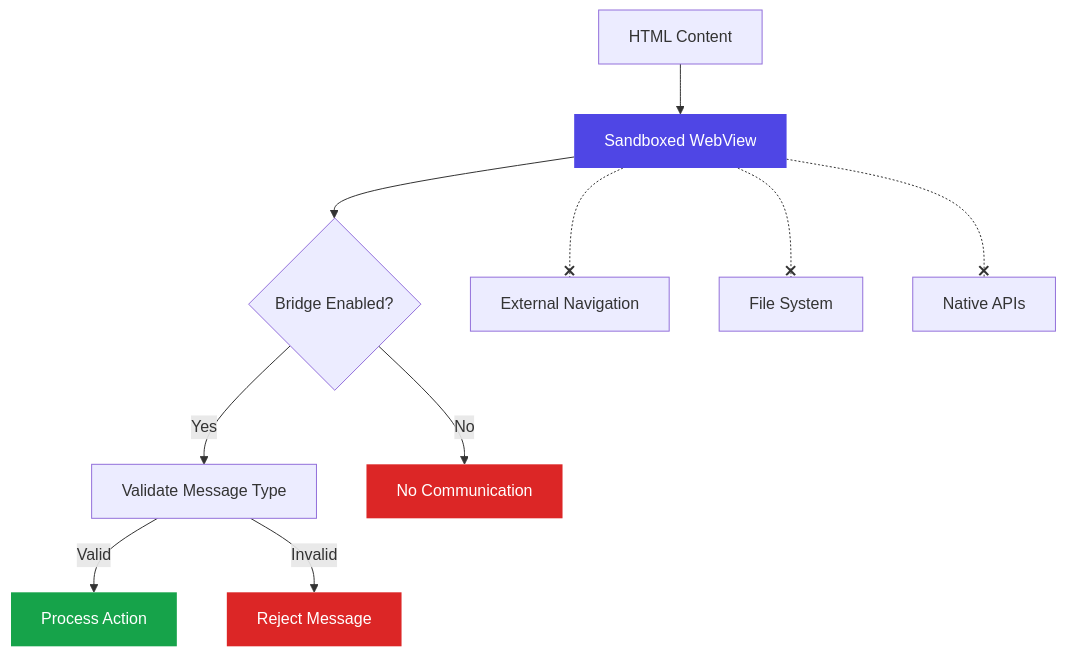
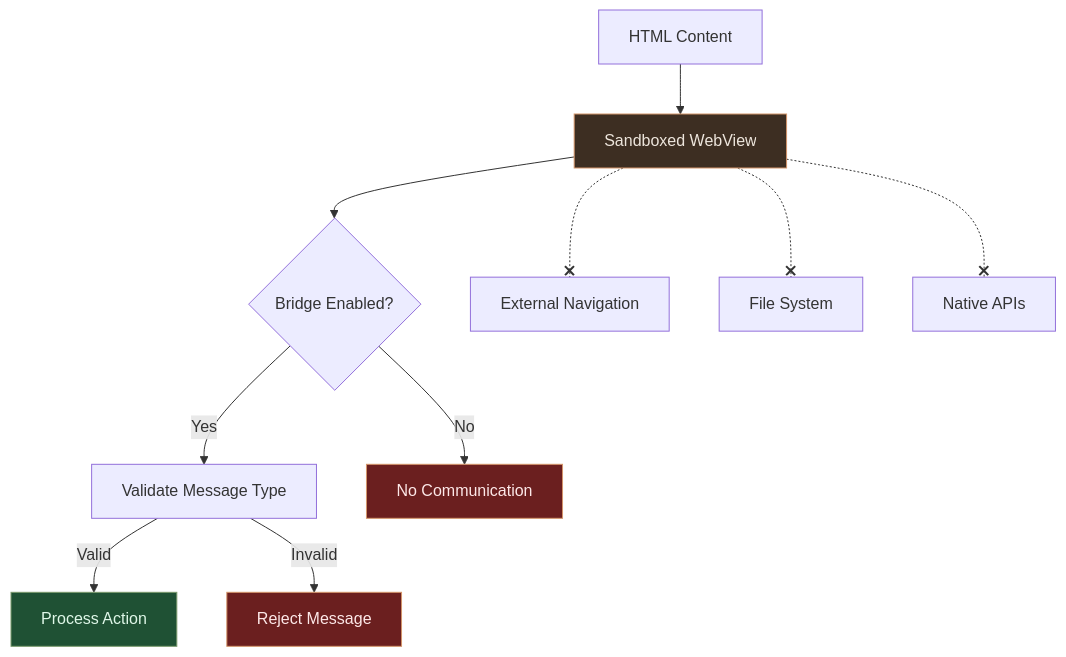
One commit to wartelth/baristapp changed the fifth of 5 diagrams in docs/docs/architecture/security.md. Above: the diagram before and after it, drawn with Mermaid. The commit also changed other lines of this file and 304 other files, not shown here.

````diff
--- a/docs/docs/architecture/security.md
+++ b/docs/docs/architecture/security.md
@@ -122,18 +133,18 @@
 ```mermaid
 flowchart TD
     HTML["HTML Content"] --> WebView["Sandboxed WebView"]
     WebView --> Bridge{"Bridge Enabled?"}
     Bridge -->|Yes| Validate["Validate Message Type"]
     Bridge -->|No| Block["No Communication"]
     Validate -->|Valid| Process["Process Action"]
     Validate -->|Invalid| Reject["Reject Message"]
     
     WebView -.-x Nav["External Navigation"]
     WebView -.-x File["File System"]
     WebView -.-x Native["Native APIs"]
     
-    style WebView fill:#4f46e5,color:#fff,stroke:none
-    style Block fill:#dc2626,color:#fff,stroke:none
-    style Reject fill:#dc2626,color:#fff,stroke:none
-    style Process fill:#16a34a,color:#fff,stroke:none
+    style WebView fill:#3d2e22,color:#ede5dc,stroke:#d4956a
+    style Block fill:#6b1f1f,color:#fde8e8,stroke:#d4956a
+    style Reject fill:#6b1f1f,color:#fde8e8,stroke:#d4956a
+    style Process fill:#1f5134,color:#dff7e8,stroke:#7b9a6d
 ```
````
